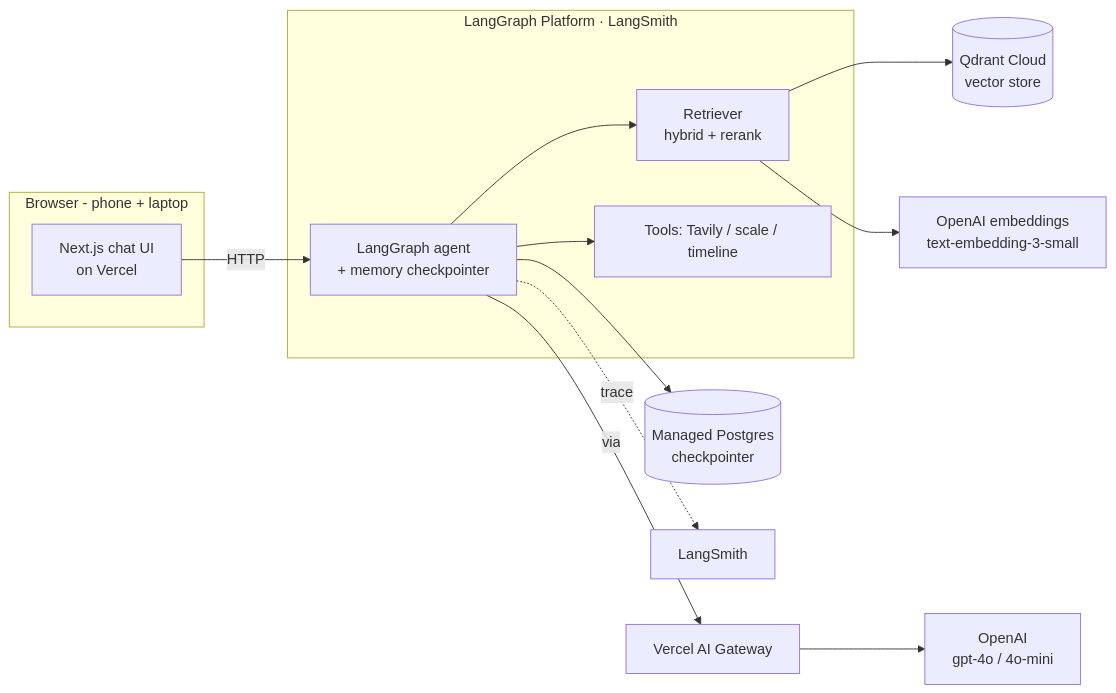
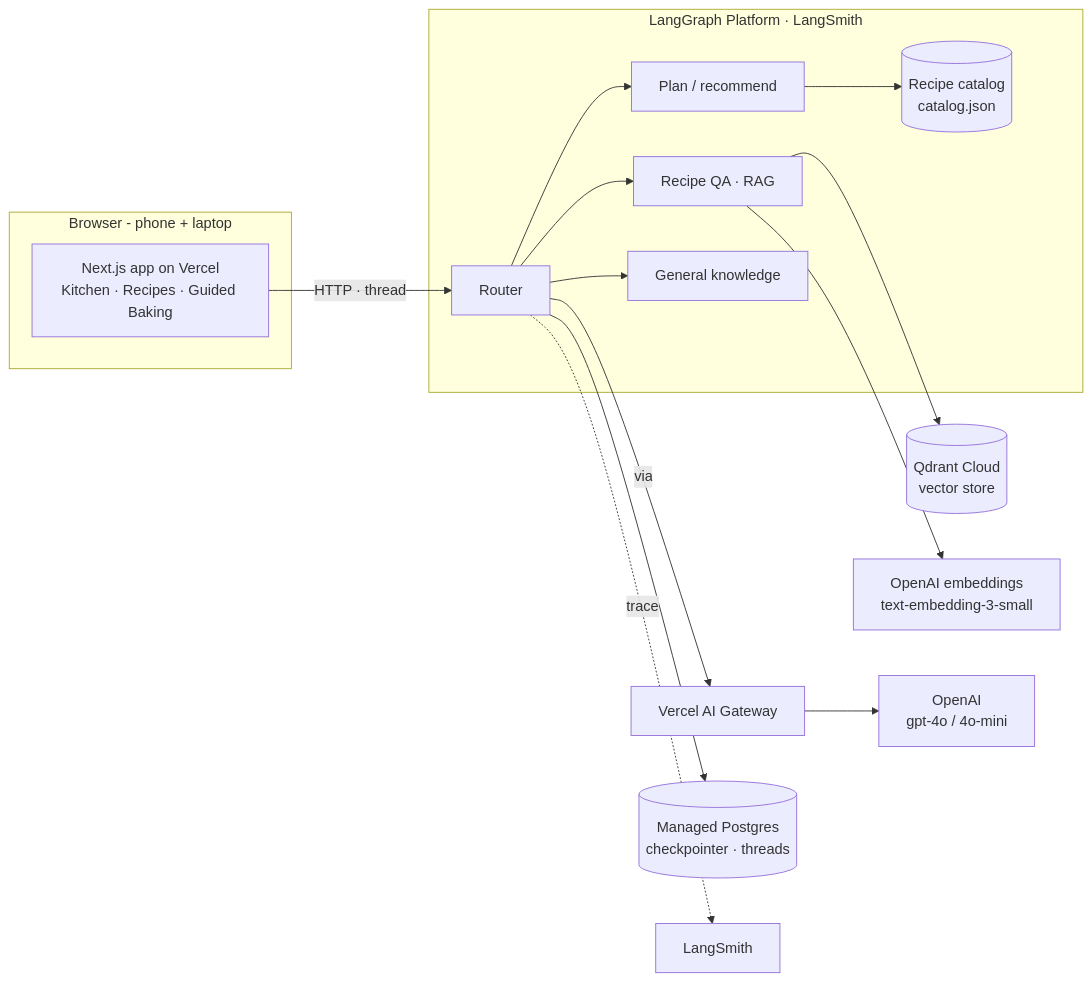
One commit to xx257/bake-me-up changed the first of 2 diagrams in docs/02-solution.md. Above: the diagram before and after it, drawn with Mermaid. The commit also changed other lines of this file and 20 other files, not shown here.

Commit message:
Agentic router v1: plan / recipe_qa / general + catalog + thread memory

````diff
--- a/docs/02-solution.md
+++ b/docs/02-solution.md
@@ -32,26 +34,30 @@
 ```mermaid
 flowchart LR
     subgraph Client [Browser - phone + laptop]
-        UI[Next.js chat UI<br/>on Vercel]
+        UI[Next.js app on Vercel<br/>Kitchen · Recipes · Guided Baking]
     end
     subgraph Backend [LangGraph Platform · LangSmith]
-        AG[LangGraph agent<br/>+ memory checkpointer]
-        RAG[Retriever<br/>hybrid + rerank]
-        TOOLS[Tools: Tavily / scale / timeline]
+        RT[Router]
+        PL[Plan / recommend]
+        QA[Recipe QA · RAG]
+        GEN[General knowledge]
+        CAT[(Recipe catalog<br/>catalog.json)]
     end
     GW[Vercel AI Gateway]
     LLM[OpenAI<br/>gpt-4o / 4o-mini]
     VDB[(Qdrant Cloud<br/>vector store)]
     EMB[OpenAI embeddings<br/>text-embedding-3-small]
-    MEM[(Managed Postgres<br/>checkpointer)]
+    MEM[(Managed Postgres<br/>checkpointer · threads)]
     MON[LangSmith]
 
-    UI -->|HTTP| AG
-    AG --> RAG
-    AG --> TOOLS
-    AG -->|via| GW --> LLM
-    RAG --> VDB
-    RAG --> EMB
-    AG --> MEM
-    AG -.trace.-> MON
+    UI -->|HTTP · thread| RT
+    RT --> PL
+    RT --> QA
+    RT --> GEN
+    PL --> CAT
+    QA --> VDB
+    QA --> EMB
+    RT -->|via| GW --> LLM
+    RT --> MEM
+    RT -.trace.-> MON
 ```
````
